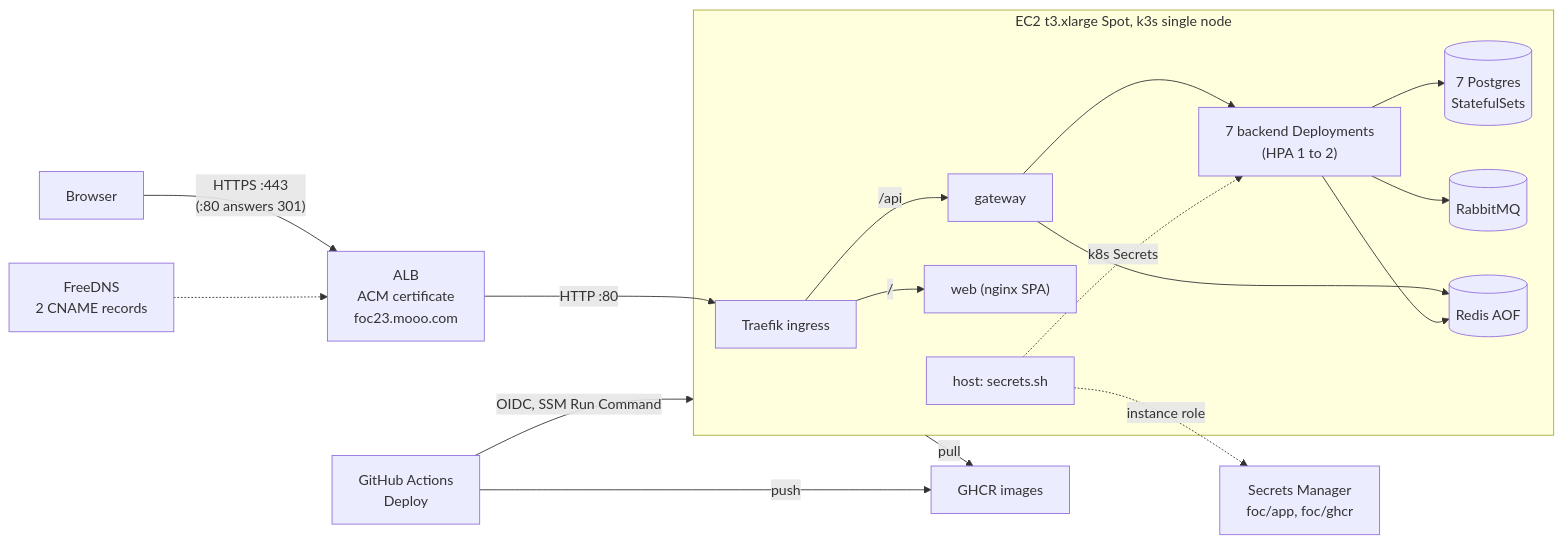
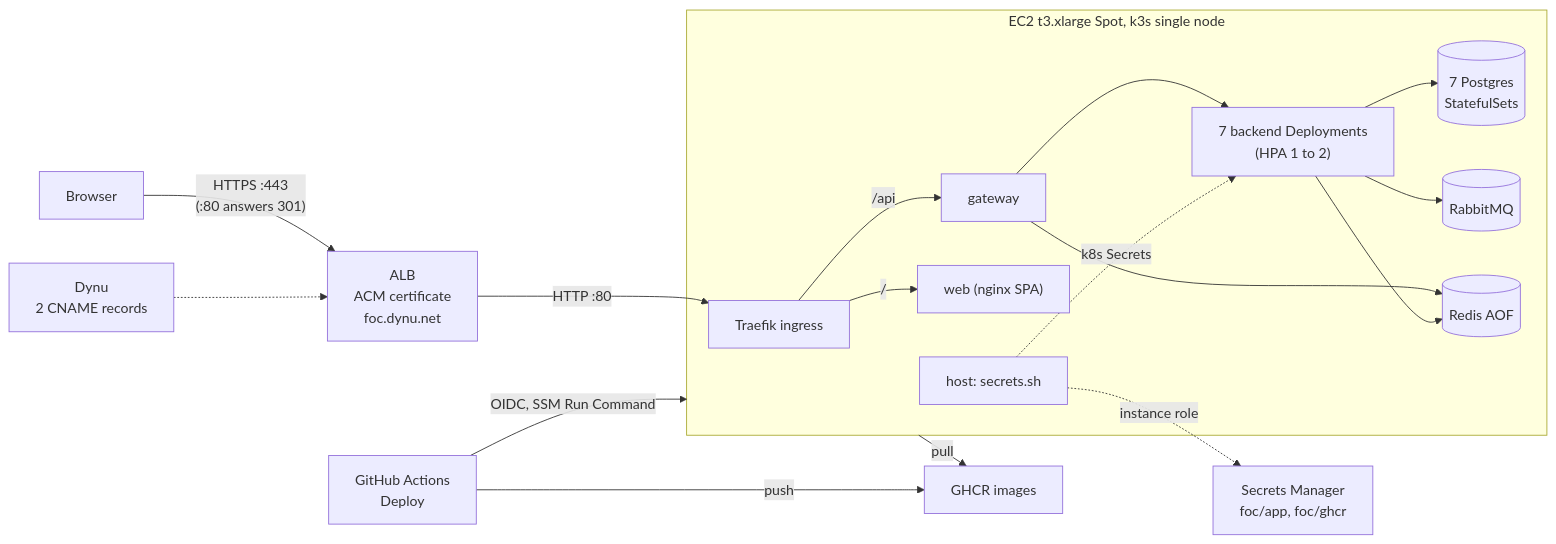
One commit to AY2627S1-CS3219-P23/foc changed the diagram in docs/deployment.md. Above: the diagram before and after it, drawn with Mermaid. The commit also changed other lines of this file and 6 other files, not shown here.

First line of the commit message:
fix(infra): the site's hostname is foc.dynu.net on Dynu (#48, DP18 revised)

````diff
--- a/docs/deployment.md
+++ b/docs/deployment.md
@@ -36,20 +38,20 @@
 ```mermaid
 flowchart LR
-  browser["Browser"] -->|"HTTPS :443<br/>(:80 answers 301)"| alb["ALB<br/>ACM certificate<br/>foc23.mooo.com"]
-  dns["FreeDNS<br/>2 CNAME records"] -.-> alb
+  browser["Browser"] -->|"HTTPS :443<br/>(:80 answers 301)"| alb["ALB<br/>ACM certificate<br/>foc.dynu.net"]
+  dns["Dynu<br/>2 CNAME records"] -.-> alb
   alb -->|"HTTP :80"| traefik
   subgraph ec2["EC2 t3.xlarge Spot, k3s single node"]
     traefik["Traefik ingress"] -->|"/api"| gateway
     traefik -->|"/"| web["web (nginx SPA)"]
     gateway --> svc["7 backend Deployments<br/>(HPA 1 to 2)"]
     svc --> pg[("7 Postgres<br/>StatefulSets")]
     svc --> mq[("RabbitMQ")]
     gateway --> redis[("Redis AOF")]
     svc --> redis
     host["host: secrets.sh"] -.->|"k8s Secrets"| svc
   end
   host -.->|"instance role"| sm["Secrets Manager<br/>foc/app, foc/ghcr"]
   gha["GitHub Actions<br/>Deploy"] -->|"push"| ghcr["GHCR images"]
   gha -->|"OIDC, SSM Run Command"| ec2
   ec2 -->|"pull"| ghcr
 ```
````
